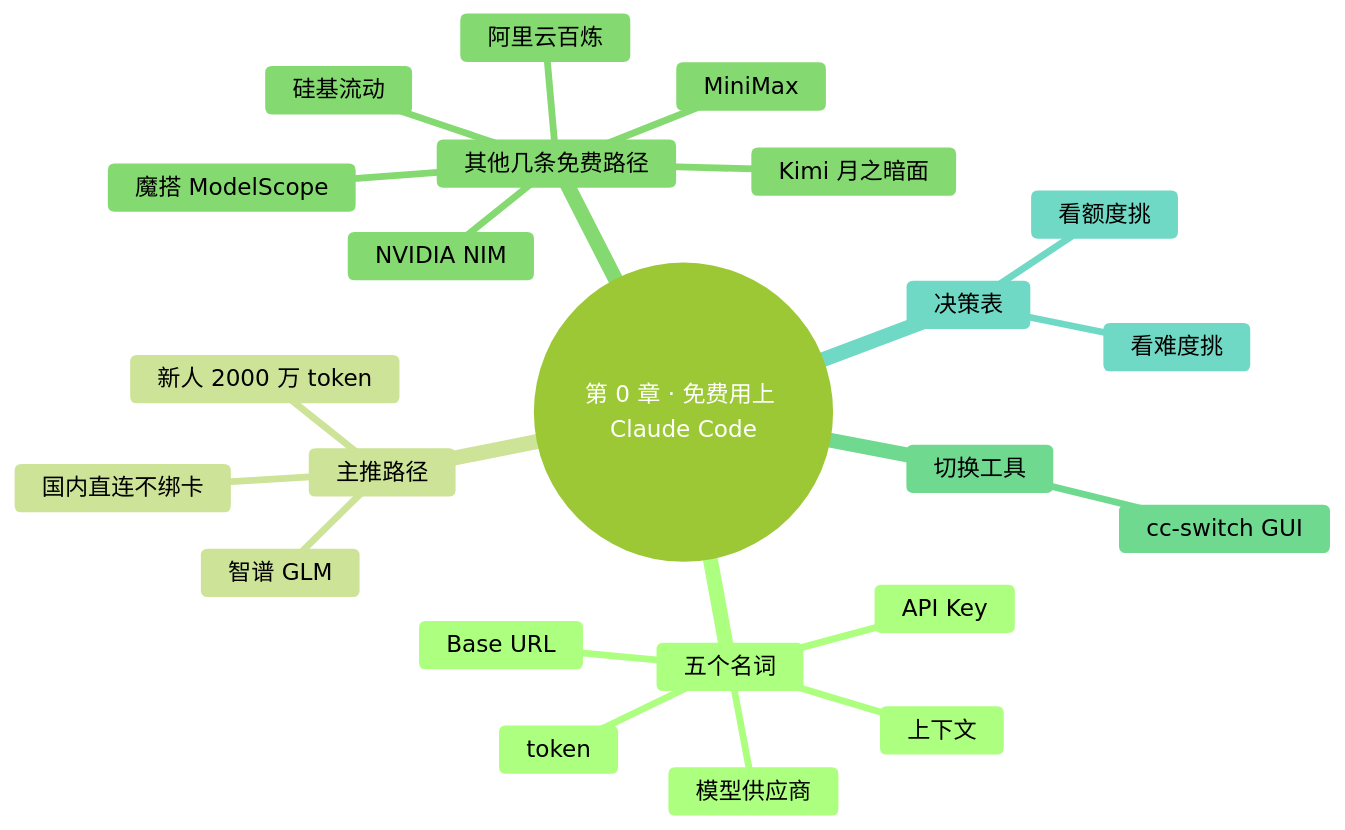
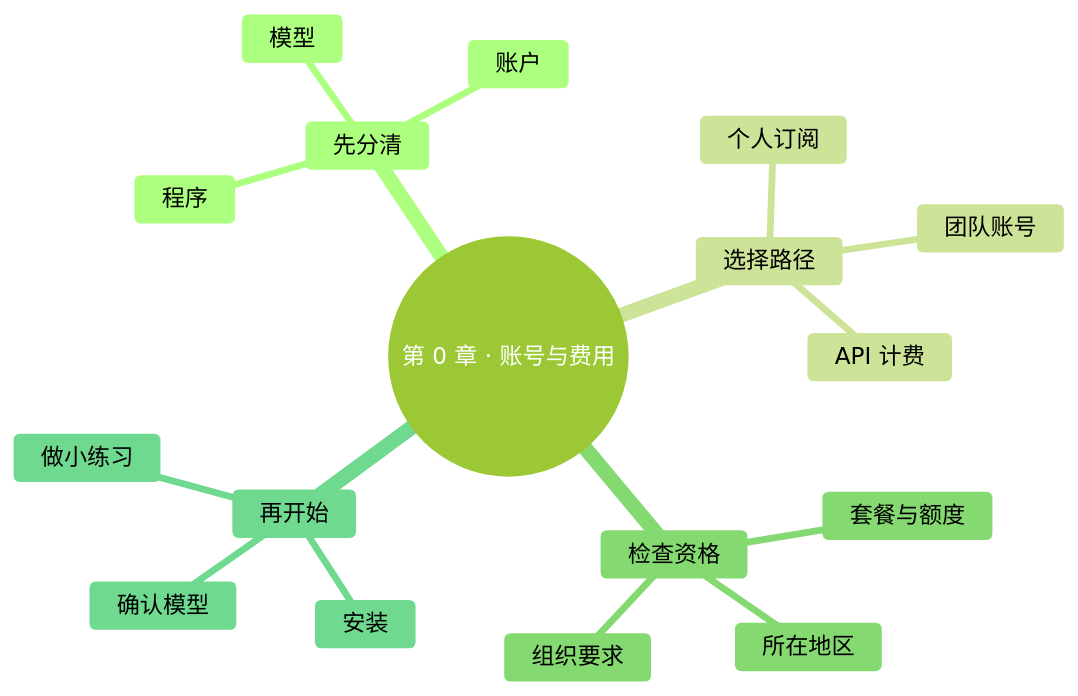
The diagram in manuscript/00-前言/01-免费用上Claude-Code.md (mali9527/claude-code-full-guide-for-beginners), drawn with Mermaid before and after one commit. The commit also changed other lines of this file and 130 other files, not shown here.

Commit message:
更新 Claude Code 九月源稿并接入系列生产工具

````diff
--- a/manuscript/00-前言/01-免费用上Claude-Code.md
+++ b/manuscript/00-前言/01-免费用上Claude-Code.md
@@ -20,34 +18,28 @@
 ```mermaid
 ---
 config:
   theme: forest
   themeVariables:
     fontFamily: "-apple-system, 'SF Pro Text', 'PingFang SC', 'Helvetica Neue', sans-serif"
     fontSize: "17px"
     lineColor: "#D9D9D9"
 ---
 mindmap
-  root((第 0 章 · 免费用上 Claude Code))
-    五个名词
-      API Key
-      模型供应商
-      Base URL
-      上下文
-      token
-    主推路径
-      智谱 GLM
-      新人 2000 万 token
-      国内直连不绑卡
-    其他几条免费路径
-      阿里云百炼
-      魔搭 ModelScope
-      硅基流动
-      Kimi 月之暗面
-      MiniMax
-      NVIDIA NIM
-    切换工具
-      cc-switch GUI
-    决策表
-      看额度挑
-      看难度挑
+  root((第 0 章 · 账号与费用))
+    先分清
+      程序
+      模型
+      账户
+    选择路径
+      个人订阅
+      团队账号
+      API 计费
+    检查资格
+      所在地区
+      套餐与额度
+      组织要求
+    再开始
+      安装
+      确认模型
+      做小练习
 ```
````
